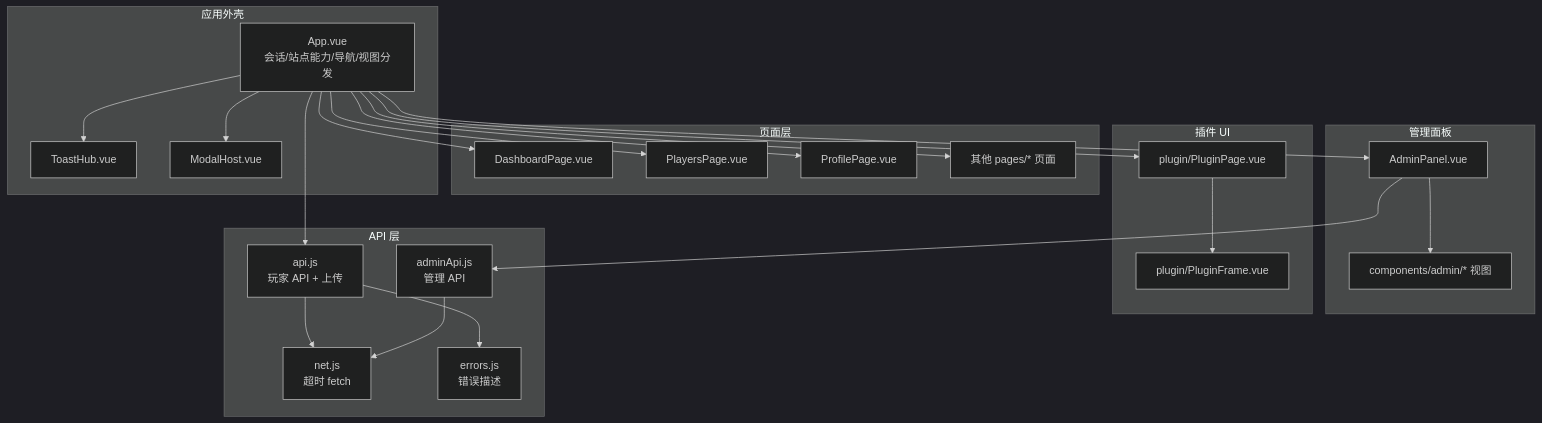
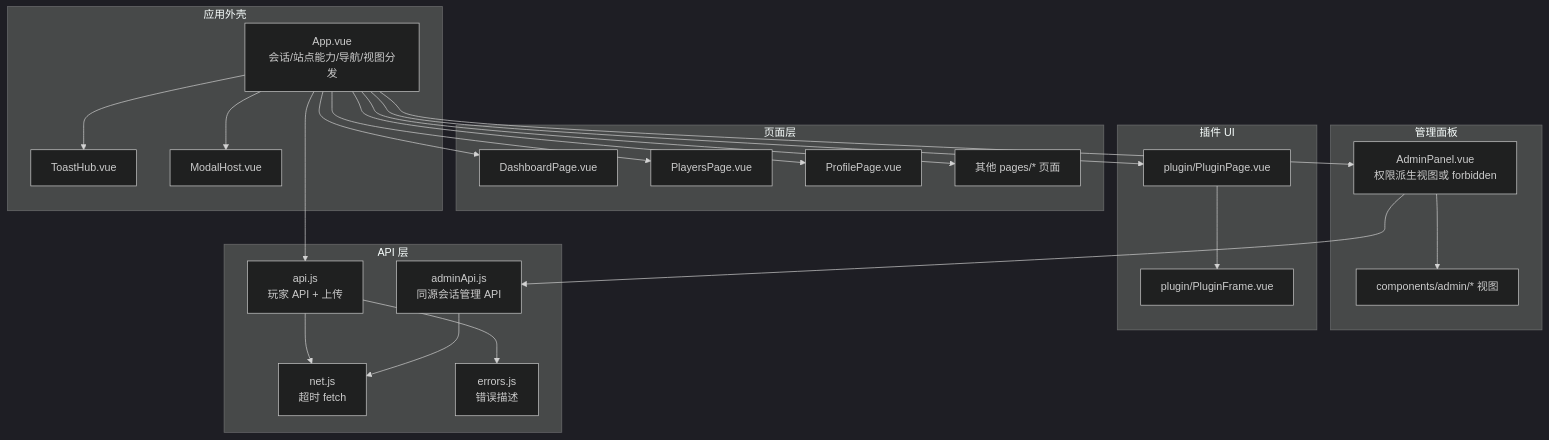
Before and after one commit to YimingZhanshen/skin-nexus: the second of 16 diagrams in docs/handbook/前端架构.md, drawn with Mermaid (dark theme). The commit also changed other lines of this file and 24 other files, not shown here.

````diff
--- a/docs/handbook/前端架构.md
+++ b/docs/handbook/前端架构.md
@@ -105,48 +105,48 @@
 ```mermaid
 graph TB
     subgraph "应用外壳"
         App["App.vue<br/>会话/站点能力/导航/视图分发"]
         Toast["ToastHub.vue"]
         Modal["ModalHost.vue"]
     end
 
     subgraph "页面层"
         Dash["DashboardPage.vue"]
         Players["PlayersPage.vue"]
         Profile["ProfilePage.vue"]
         Other["其他 pages/* 页面"]
     end
 
     subgraph "管理面板"
-        AdminShell["AdminPanel.vue"]
+        AdminShell["AdminPanel.vue<br/>权限派生视图或 forbidden"]
         AdminViews["components/admin/* 视图"]
     end
 
     subgraph "插件 UI"
         PluginPage["plugin/PluginPage.vue"]
         PluginFrame["plugin/PluginFrame.vue"]
     end
 
     subgraph "API 层"
         ApiClient["api.js<br/>玩家 API + 上传"]
-        AdminApi["adminApi.js<br/>管理 API"]
+        AdminApi["adminApi.js<br/>同源会话管理 API"]
         Net["net.js<br/>超时 fetch"]
         Errors["errors.js<br/>错误描述"]
     end
 
     App --> Toast
     App --> Modal
     App --> Dash
     App --> Players
     App --> Profile
     App --> Other
     App --> AdminShell
     AdminShell --> AdminViews
     App --> PluginPage
     PluginPage --> PluginFrame
     App --> ApiClient
     AdminShell --> AdminApi
     ApiClient --> Net
     ApiClient --> Errors
     AdminApi --> Net
 ```
````
